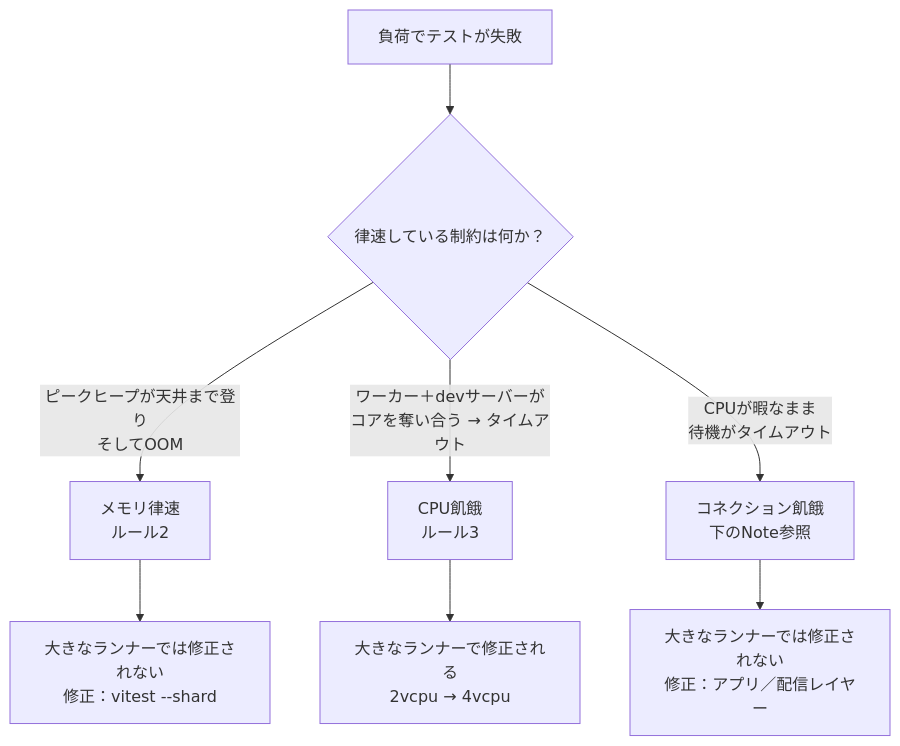
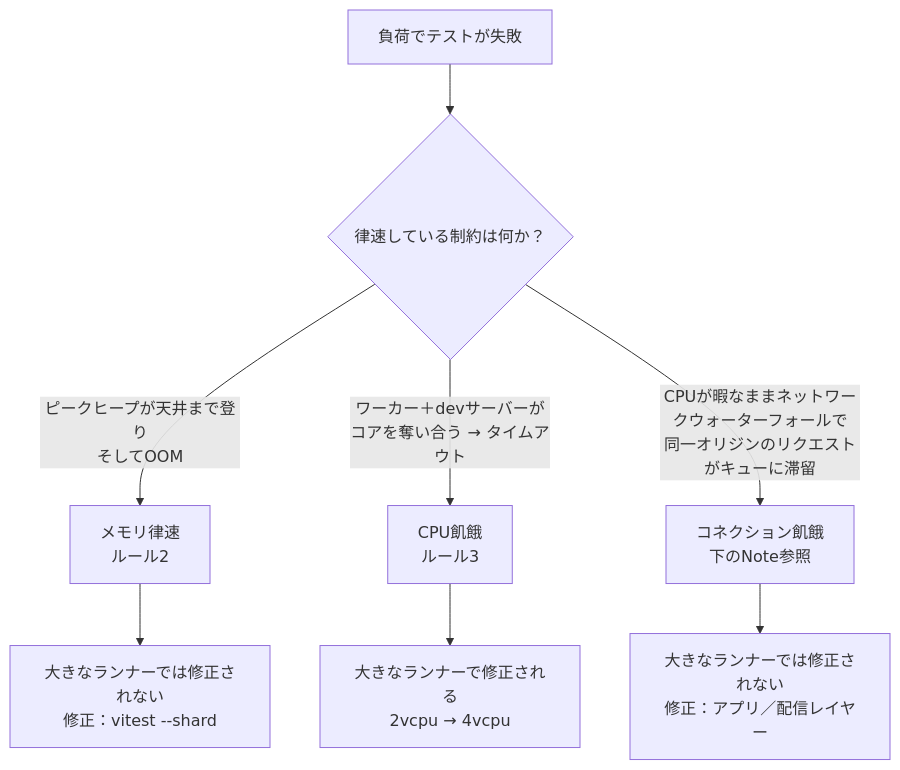
Before and after one commit to Takazudo/zudo-test-wisdom: the diagram in src/content/docs-ja/tools-reference/ci-runner-sizing.mdx, drawn with Mermaid. The commit also changed other lines of this file and 5 other files, not shown here.

````diff
--- a/src/content/docs-ja/tools-reference/ci-runner-sizing.mdx
+++ b/src/content/docs-ja/tools-reference/ci-runner-sizing.mdx
@@ -148,10 +148,10 @@
 ```mermaid
 flowchart TD
   A[負荷でテストが失敗] --> B{律速している制約は何か？}
   B -->|ピークヒープが天井まで登り<br/>そしてOOM| C[メモリ律速<br/>ルール2]
   B -->|ワーカー＋devサーバーが<br/>コアを奪い合う → タイムアウト| D[CPU飢餓<br/>ルール3]
-  B -->|CPUが暇なまま<br/>待機がタイムアウト| E[コネクション飢餓<br/>下のNote参照]
+  B -->|CPUが暇なままネットワークウォーターフォールで<br/>同一オリジンのリクエストがキューに滞留| E[コネクション飢餓<br/>下のNote参照]
   C --> C1[大きなランナーでは修正されない<br/>修正：vitest --shard]
   D --> D1[大きなランナーで修正される<br/>2vcpu → 4vcpu]
   E --> E1[大きなランナーでは修正されない<br/>修正：アプリ／配信レイヤー]
 ```
````
